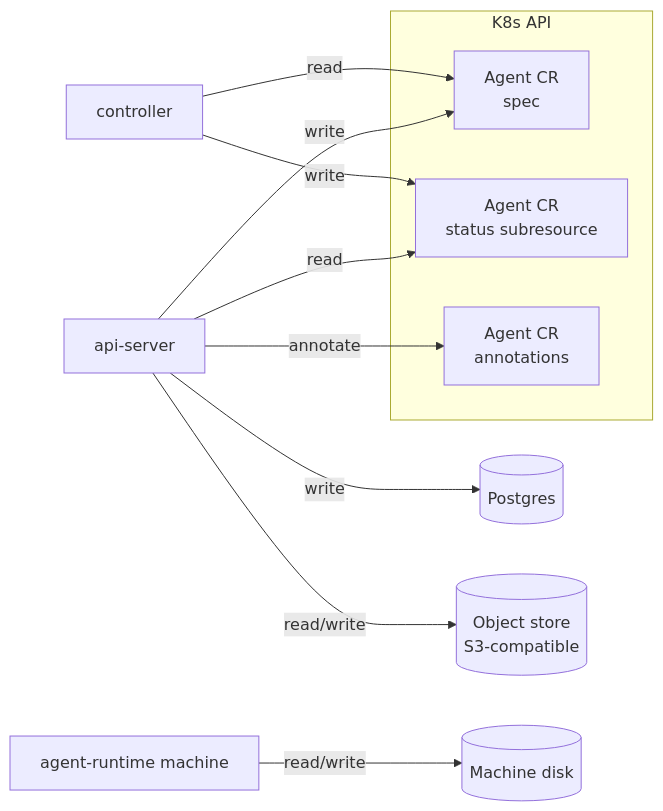
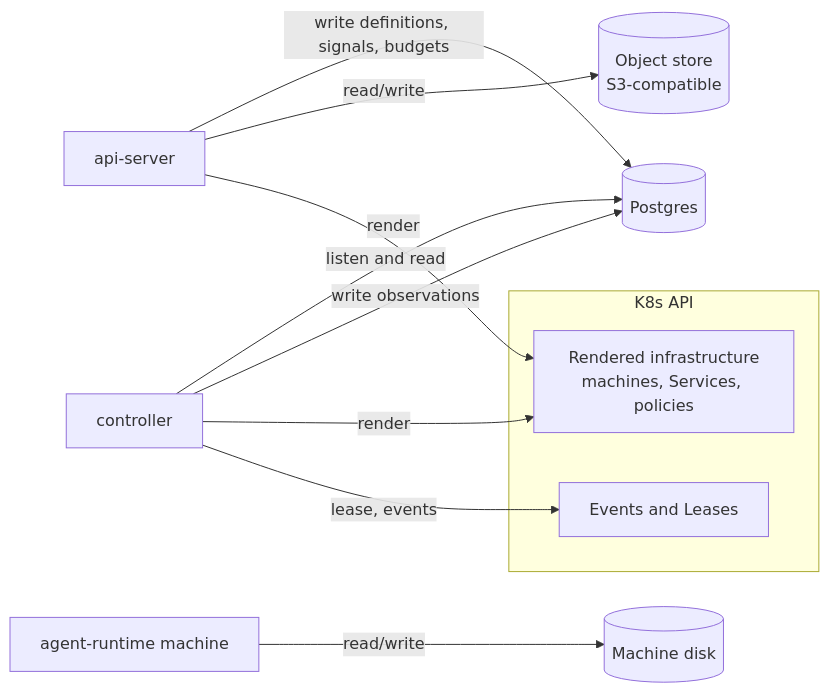
Before and after one commit to dam-agents/dam: the diagram in docs/architecture/persistence.md, drawn with Mermaid. The commit also changed other lines of this file and 3 other files, not shown here.

First line of the commit message:
docs: record the move of Agents and budgets into Postgres

````diff
--- a/docs/architecture/persistence.md
+++ b/docs/architecture/persistence.md
@@ -51,28 +53,27 @@
 ```mermaid
 flowchart LR
   api-server[api-server]
   controller[controller]
   agent-runtime[agent-runtime machine]
 
   postgres[(Postgres)]
   objectstore[(Object store<br/>S3-compatible)]
 
   subgraph k8s[K8s API]
-    cr-spec[Agent CR<br/>spec]
-    cr-status[Agent CR<br/>status subresource]
-    cr-anno[Agent CR<br/>annotations]
+    rendered[Rendered infrastructure<br/>machines, Services, policies]
+    events[Events and Leases]
   end
 
   disk[(Machine disk)]
 
-  api-server -->|write| postgres
+  api-server -->|write definitions, signals, budgets| postgres
   api-server -->|read/write| objectstore
-  api-server -->|write| cr-spec
-  api-server -->|read| cr-status
-  api-server -->|annotate| cr-anno
+  api-server -->|render| rendered
 
-  controller -->|write| cr-status
-  controller -->|read| cr-spec
+  controller -->|listen and read| postgres
+  controller -->|write observations| postgres
+  controller -->|render| rendered
+  controller -->|lease, events| events
 
   agent-runtime -->|read/write| disk
 ```
````
